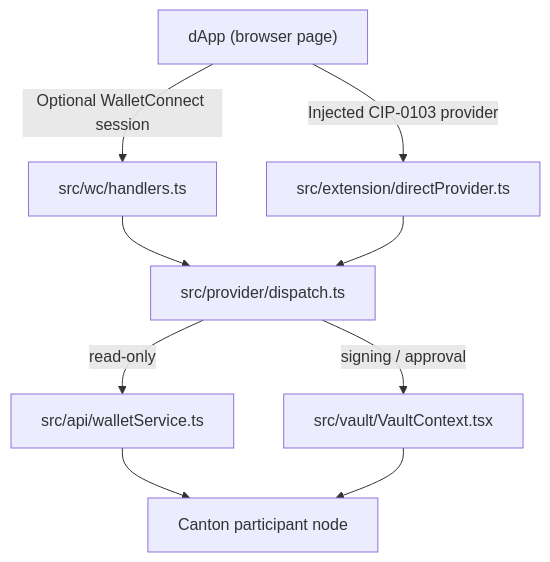
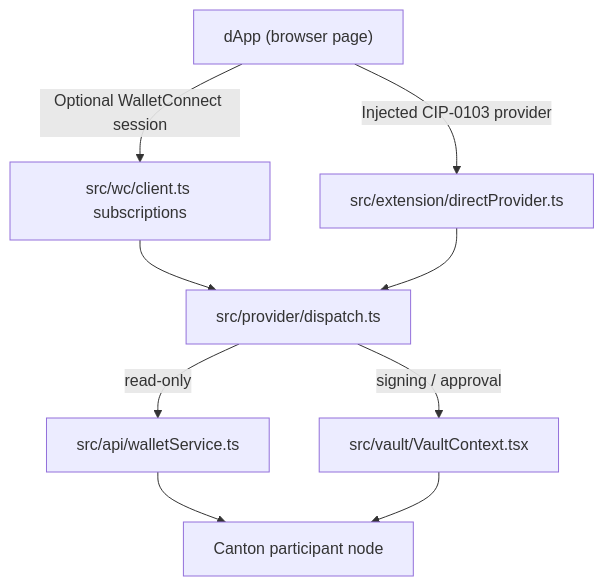
One commit to BootNodeDev/cn-dappbooster changed the diagram in carpincho-wallet/architecture.md. Above: the diagram before and after it, drawn with Mermaid. The commit also changed other lines of this file and 2 other files, not shown here.

First line of the commit message:
docs(wallet): sync architecture and AGENTS after home/menu refactor

````diff
--- a/carpincho-wallet/architecture.md
+++ b/carpincho-wallet/architecture.md
@@ -120,19 +123,19 @@
 ```mermaid
 flowchart TD
   dapp["dApp (browser page)"]
-  wc["src/wc/handlers.ts"]
+  wc["src/wc/client.ts subscriptions"]
   direct["src/extension/directProvider.ts"]
   dispatch["src/provider/dispatch.ts"]
   api["src/api/walletService.ts"]
   vault["src/vault/VaultContext.tsx"]
   canton["Canton participant node"]
 
   dapp -->|"Injected CIP-0103 provider"| direct
   dapp -->|"Optional WalletConnect session"| wc
   wc --> dispatch
   direct --> dispatch
   dispatch -->|"read-only"| api
   dispatch -->|"signing / approval"| vault
   api --> canton
   vault --> canton
 ```
````
